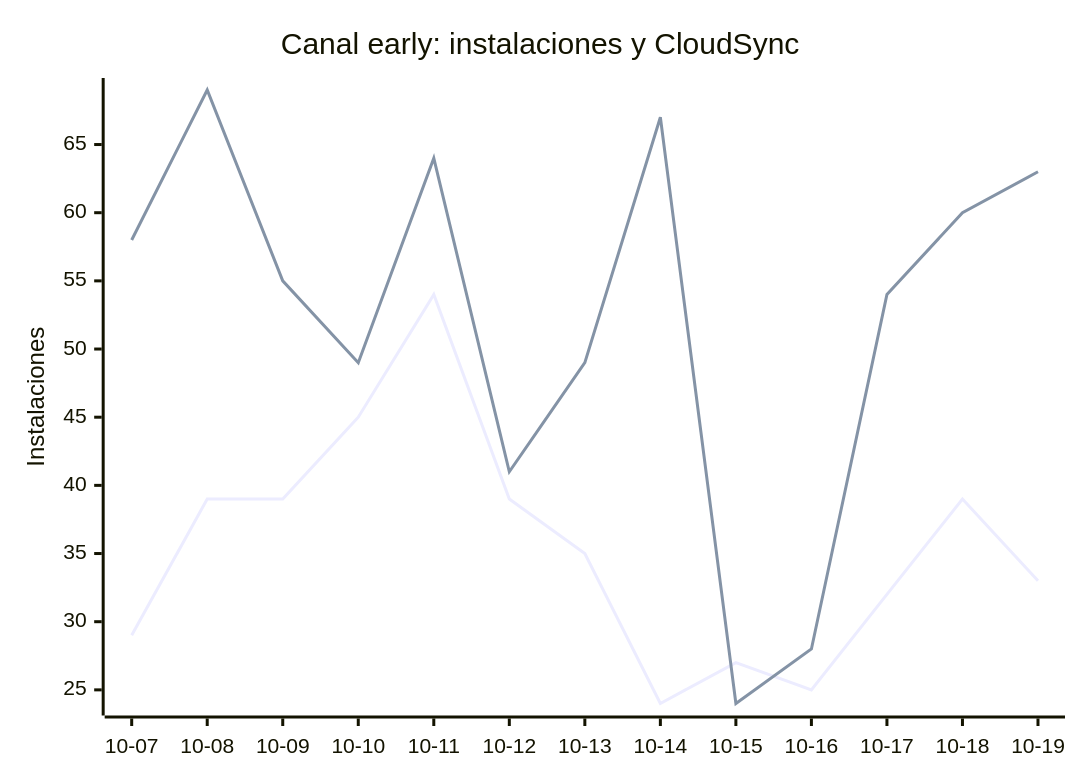
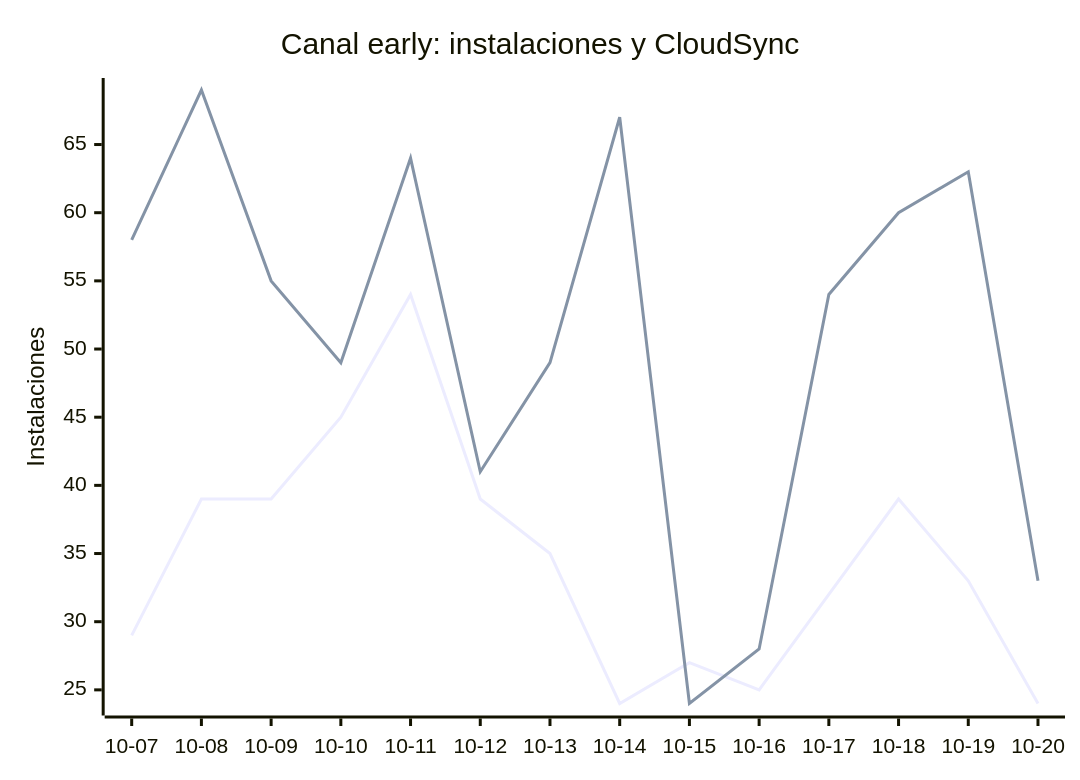
One commit to EmuDeck/stats changed the eighth of 8 diagrams in README.md. Above: the diagram before and after it, drawn with Mermaid. The commit also changed other lines of this file and 2 other files, not shown here.

````diff
--- a/README.md
+++ b/README.md
@@ -102,8 +102,8 @@
 ```mermaid
 xychart-beta
     title "Canal early: instalaciones y CloudSync"
-    x-axis ["10-07", "10-08", "10-09", "10-10", "10-11", "10-12", "10-13", "10-14", "10-15", "10-16", "10-17", "10-18", "10-19"]
+    x-axis ["10-07", "10-08", "10-09", "10-10", "10-11", "10-12", "10-13", "10-14", "10-15", "10-16", "10-17", "10-18", "10-19", "10-20"]
     y-axis "Instalaciones"
-    line [29, 39, 39, 45, 54, 39, 35, 24, 27, 25, 32, 39, 33]
-    line [58, 69, 55, 49, 64, 41, 49, 67, 24, 28, 54, 60, 63]
+    line [29, 39, 39, 45, 54, 39, 35, 24, 27, 25, 32, 39, 33, 24]
+    line [58, 69, 55, 49, 64, 41, 49, 67, 24, 28, 54, 60, 63, 33]
 ```
````
